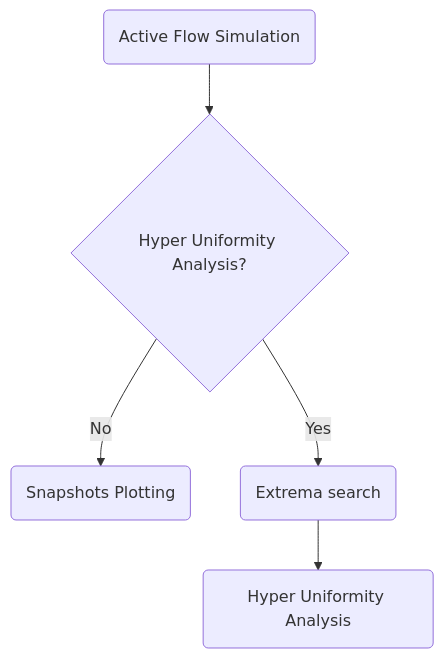
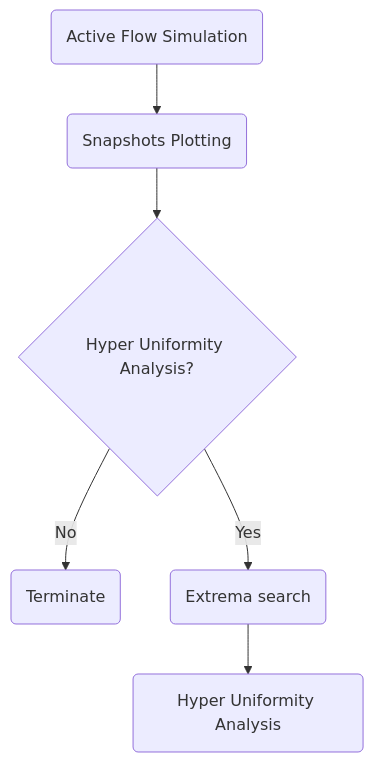
Before and after one commit to abdelrahmanaltawil/active-flow: the first of 3 diagrams in docs/framework.md, drawn with Mermaid. The commit also changed other lines of this file, not shown here.

````diff
--- a/docs/framework.md
+++ b/docs/framework.md
@@ -5,7 +5,8 @@
-```mermaid 
+```mermaid
 flowchart TB
-    simulation(Active Flow Simulation) --> flow{Hyper Uniformity Analysis?}
-    flow --> |No| snapshots(Snapshots Plotting)
+    simulation(Active Flow Simulation) --> snapshots(Snapshots Plotting)
+    snapshots --> flow{Hyper Uniformity Analysis?}
+    flow --> |No| terminate(Terminate)
     flow --> |Yes| extrema(Extrema search)
     extrema --> hyper(Hyper Uniformity Analysis)
 ```
````
